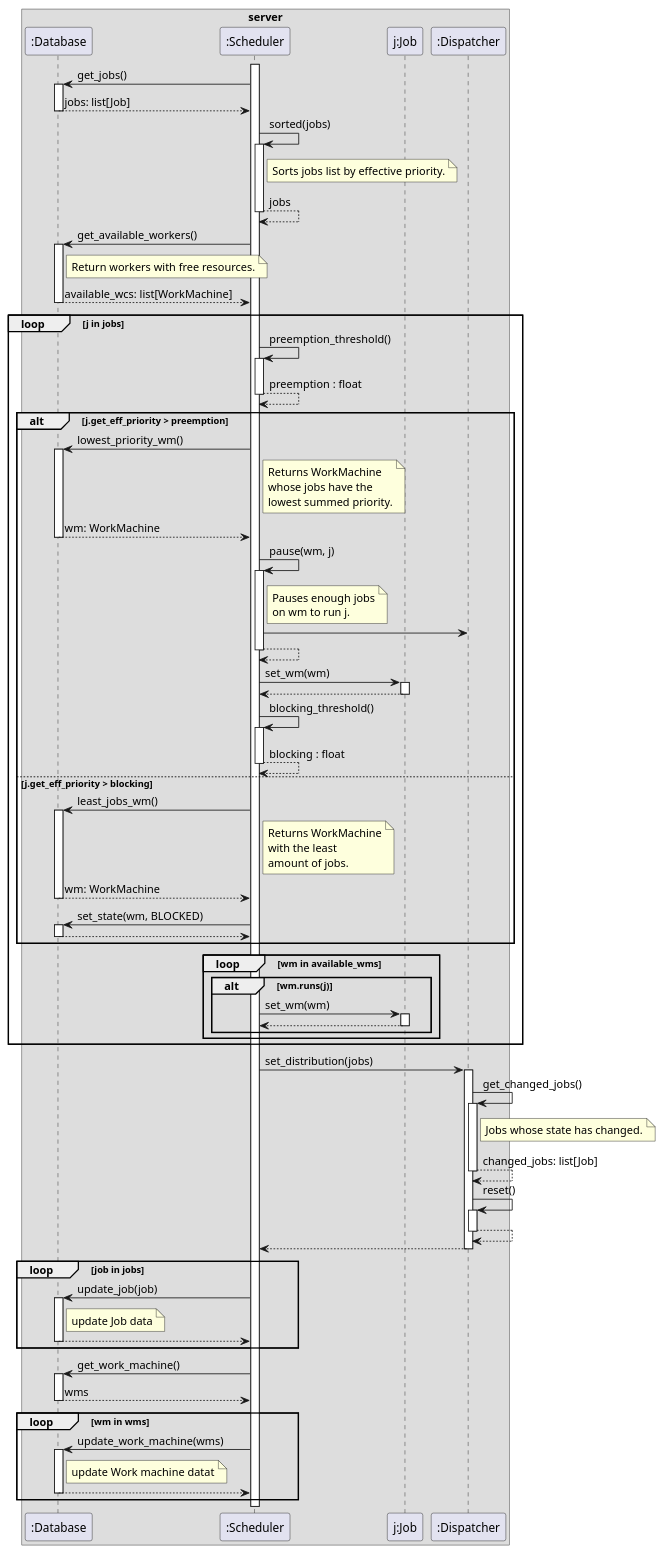
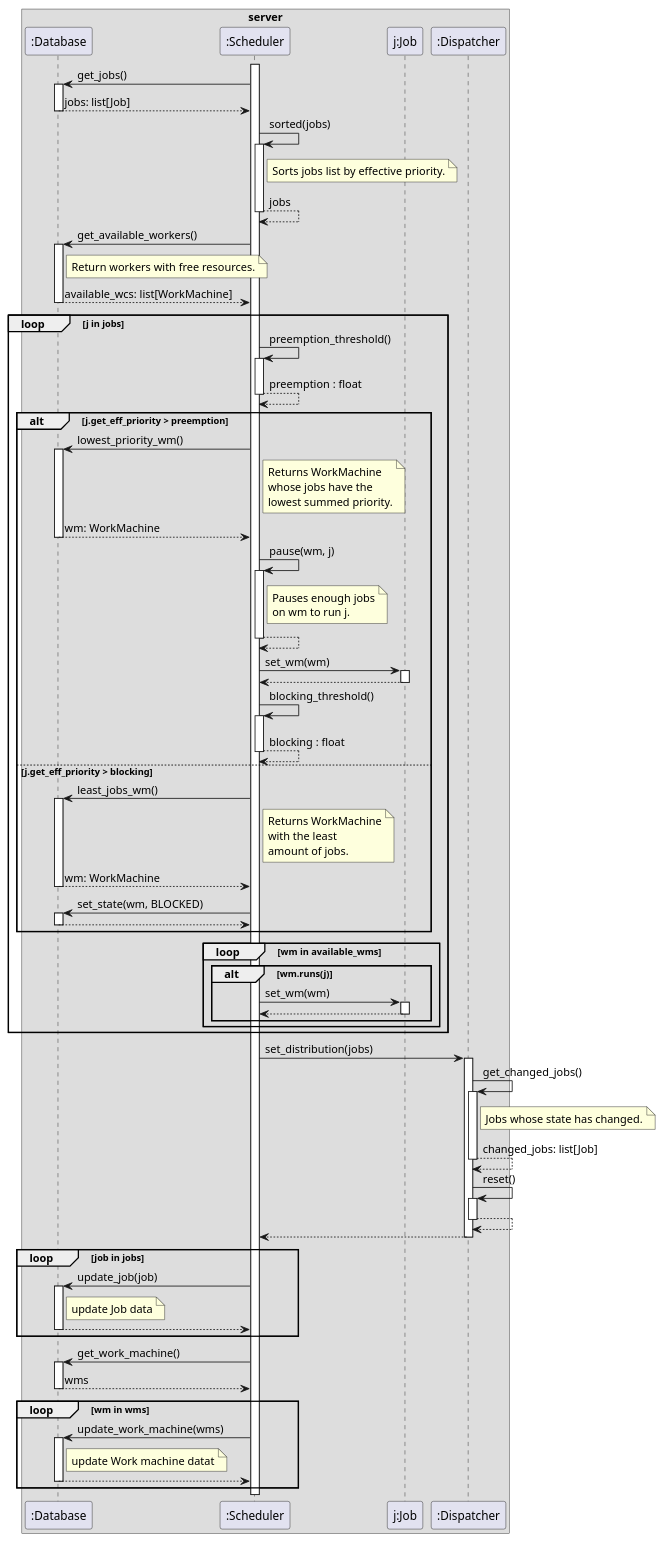
The diagram in design/sequence/scheduler-low.puml (DistributedTaskScheduling/documentation), drawn with PlantUML before and after one commit.

Commit message:
removed arrow without meaning

```diff
--- a/design/sequence/scheduler-low.puml
+++ b/design/sequence/scheduler-low.puml
@@ -1,108 +1,108 @@
 @startuml
 
 box "server"
     participant ":Database" as db
     participant ":Scheduler" as s
     participant "j:Job" as j
     participant ":Dispatcher" as d
 end box
 
 s++
 s -> db++: get_jobs()
 db --> s--: jobs: list[Job]
 
 s -> s++: sorted(jobs)
 note right of s
     Sorts jobs list by effective priority.
 end note
 s --> s--: jobs
 
 s -> db++: get_available_workers()
 note right of db
     Return workers with free resources.
 end note
 db --> s--: available_wcs: list[WorkMachine]
 
 loop j in jobs
     
     s->s++ : preemption_threshold()
     s-->s-- : preemption : float
     
     alt j.get_eff_priority > preemption
         s -> db++ : lowest_priority_wm()
         note right of s
             Returns WorkMachine
             whose jobs have the
             lowest summed priority.
         end note
         db --> s--: wm: WorkMachine
         s -> s ++: pause(wm, j)
         note right of s
             Pauses enough jobs
             on wm to run j.
         end note
         
-        s -> d
         s--> s--
 
         s -> j++: set_wm(wm)
         j --> s--
     
     s->s++ : blocking_threshold()
     s-->s-- : blocking : float
     
     else j.get_eff_priority > blocking
         s -> db++ : least_jobs_wm()
         note right of s
             Returns WorkMachine
             with the least
             amount of jobs.
         end note
         db --> s--: wm: WorkMachine
         
         s -> db++: set_state(wm, BLOCKED)
         db-->s--
     end
     
     loop wm in available_wms
         alt wm.runs(j)
             s -> j++: set_wm(wm)
             j --> s--
         end
     end
     
 end
 
 s -> d++: set_distribution(jobs)
 
+
 d -> d++: get_changed_jobs()
 note right of d
     Jobs whose state has changed.
 end note
 d --> d-- : changed_jobs: list[Job]
 d -> d++: reset()
 d-->d--
 
 d --> s--
 
 loop job in jobs
     s -> db++: update_job(job)
     note right of db
         update Job data
     end note
     db --> s--
 end
 
 s->db++ : get_work_machine()
 db-->s-- : wms
 
 loop wm in wms 
     s -> db++: update_work_machine(wms)
     note right of db
         update Work machine datat
     end note
     db --> s--
 end
 
 
 @enduml
```
